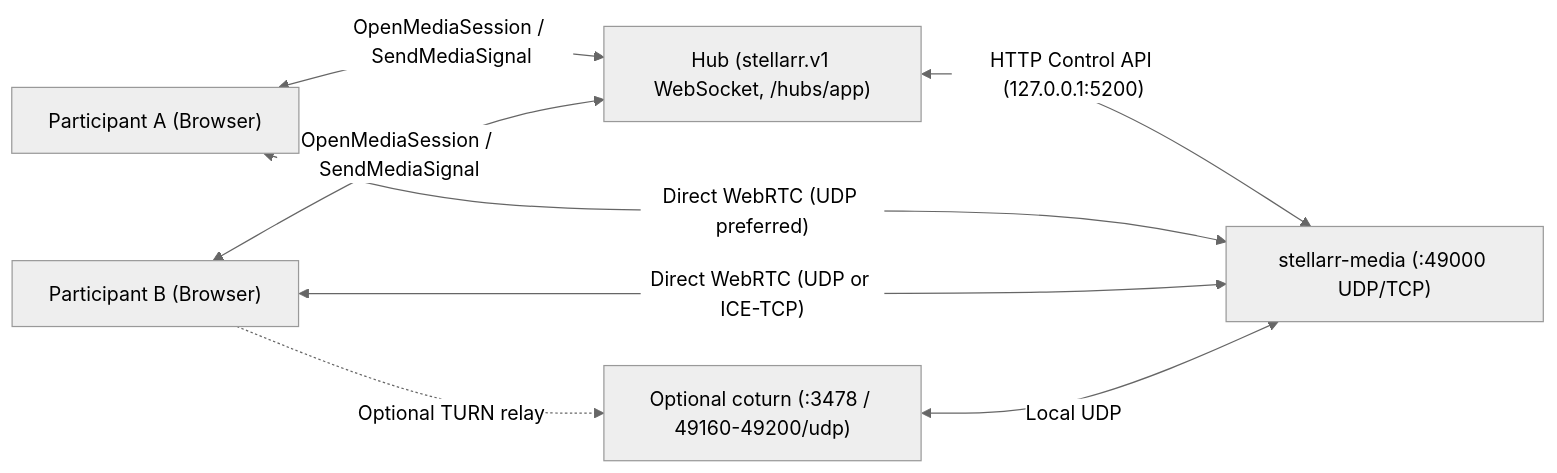
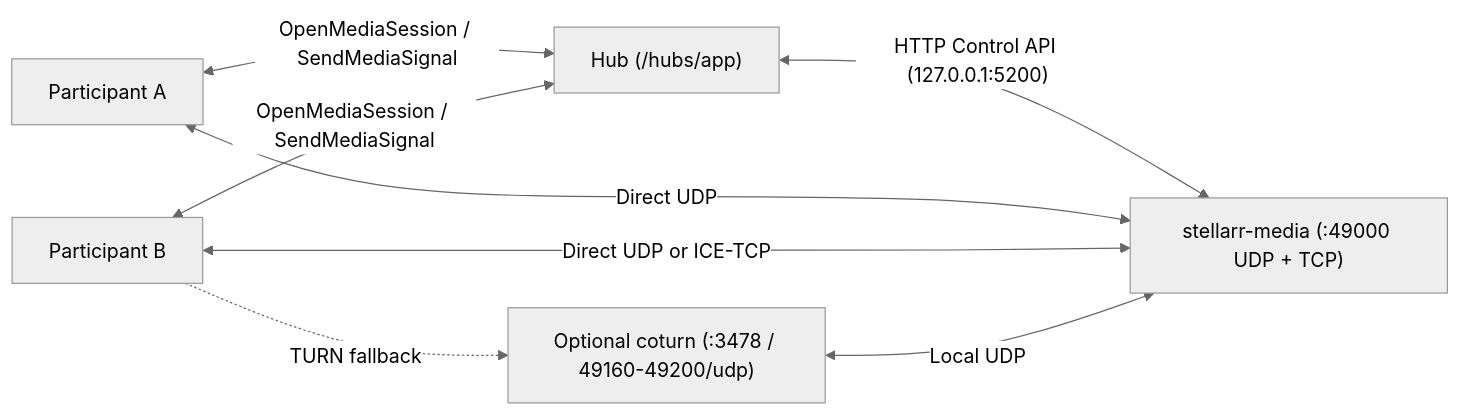
The first of 2 diagrams in docs/stellarr-media.md (Arkazzae/Stellar), drawn with Mermaid (neutral theme) before and after one commit. The commit also changed other lines of this file and 17 other files, not shown here.

````diff
--- a/docs/stellarr-media.md
+++ b/docs/stellarr-media.md
@@ -27,17 +16,16 @@
 ```mermaid
 flowchart LR
-    BrowserA["Participant A (Browser)"]
-    BrowserB["Participant B (Browser)"]
+    BrowserA["Participant A"]
+    BrowserB["Participant B"]
     Turn["Optional coturn (:3478 / 49160-49200/udp)"]
-    Hub["Hub (stellarr.v1 WebSocket, /hubs/app)"]
-    Media["stellarr-media (:49000 UDP/TCP)"]
+    Hub["Hub (/hubs/app)"]
+    Media["stellarr-media (:49000 UDP + TCP)"]
 
     BrowserA <-->|"OpenMediaSession / SendMediaSignal"| Hub
     BrowserB <-->|"OpenMediaSession / SendMediaSignal"| Hub
     Hub <-->|"HTTP Control API (127.0.0.1:5200)"| Media
 
-    BrowserA <-->|"Direct WebRTC (UDP preferred)"| Media
-    BrowserB <-->|"Direct WebRTC (UDP or ICE-TCP)"| Media
-    BrowserB -.->|"Optional TURN relay"| Turn
-    Turn <-->|"Local UDP"| Media
+    BrowserA <-->|"Direct UDP"| Media
+    BrowserB <-->|"Direct UDP or ICE-TCP"| Media
+    BrowserB -.->|"TURN fallback"| Turn <-->|"Local UDP"| Media
 ```
````
